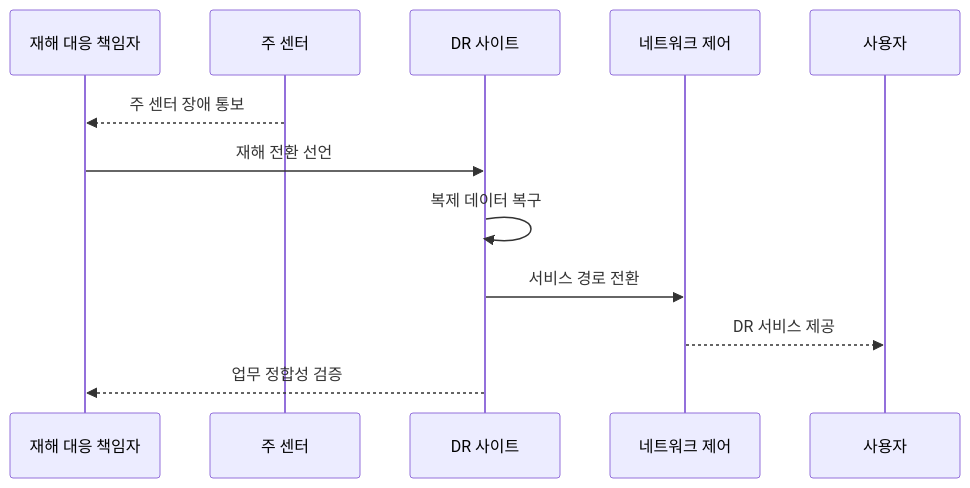
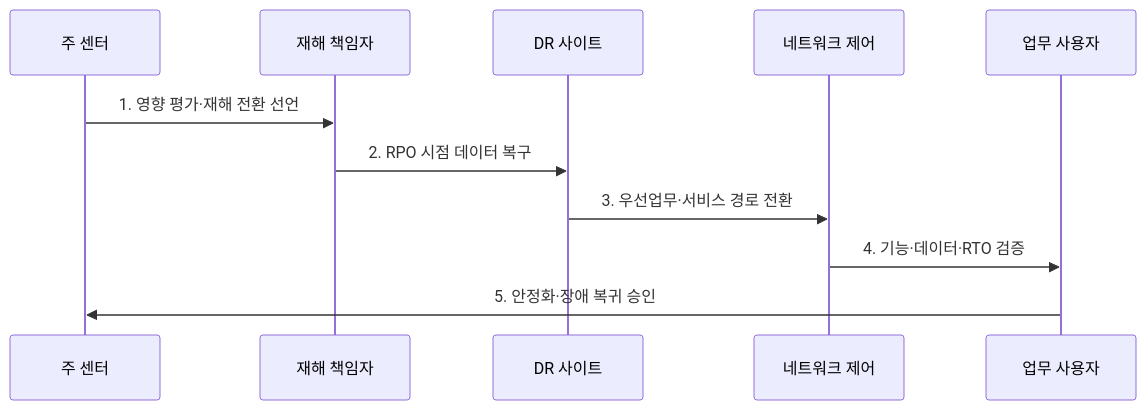
Before and after one commit to agnusdei1207/knowledge-base: the second of 2 diagrams in src/content/docs/notes/06-evaluation/019_disaster_recovery_site.md, drawn with Mermaid. The commit also changed other lines of this file and 6 other files, not shown here.

````diff
--- a/src/content/docs/notes/06-evaluation/019_disaster_recovery_site.md
+++ b/src/content/docs/notes/06-evaluation/019_disaster_recovery_site.md
@@ -84,14 +85,13 @@
 ```mermaid
 sequenceDiagram
-    participant M as 재해 대응 책임자
-    participant P as 주 센터
-    participant D as DR 사이트
-    participant N as 네트워크 제어
-    participant U as 사용자
-    P-->>M: 주 센터 장애 통보
-    M->>D: 재해 전환 선언
-    D->>D: 복제 데이터 복구
-    D->>N: 서비스 경로 전환
-    N-->>U: DR 서비스 제공
-    D-->>M: 업무 정합성 검증
+  participant P as 주 센터
+  participant M as 재해 책임자
+  participant D as DR 사이트
+  participant N as 네트워크 제어
+  participant U as 업무 사용자
+  P->>M: 1. 영향 평가·재해 전환 선언
+  M->>D: 2. RPO 시점 데이터 복구
+  D->>N: 3. 우선업무·서비스 경로 전환
+  N->>U: 4. 기능·데이터·RTO 검증
+  U->>P: 5. 안정화·장애 복귀 승인
 ```
````
